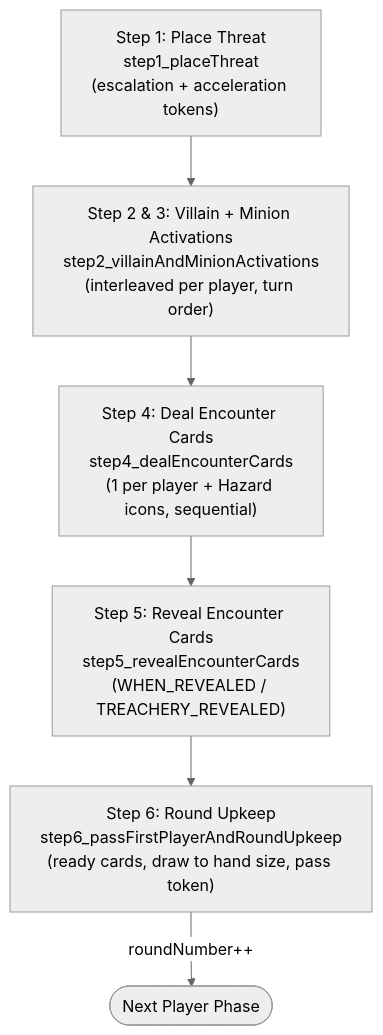
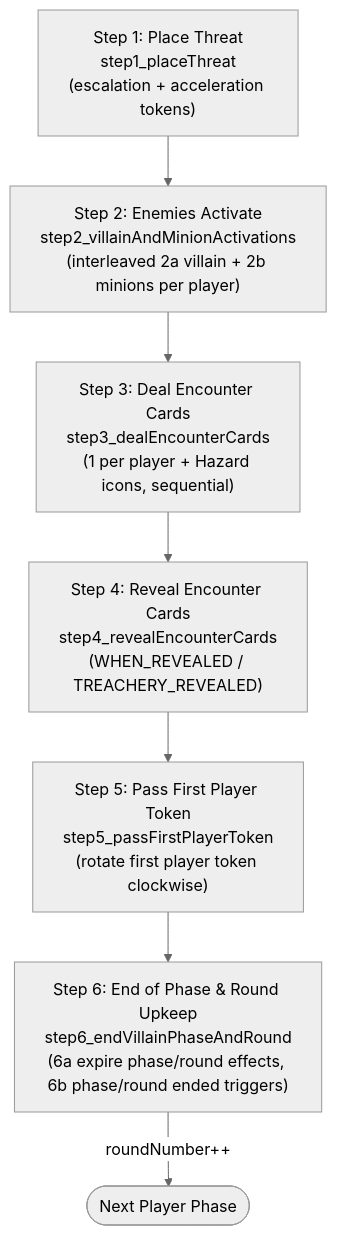
One commit to SteveRodrigue/MCD changed the second of 3 diagrams in docs/visual-guides/04-combat-and-villain-phase.md. Above: the diagram before and after it, drawn with Mermaid (neutral theme). The commit also changed other lines of this file and 9 other files, not shown here.

Commit message:
fix(engine): align villain phase end order and step labels (Fixes #145)

````diff
--- a/docs/visual-guides/04-combat-and-villain-phase.md
+++ b/docs/visual-guides/04-combat-and-villain-phase.md
@@ -43,8 +43,9 @@
 ```mermaid
 flowchart TD
-    S1["Step 1: Place Threat<br/>step1_placeThreat<br/>(escalation + acceleration tokens)"] --> S2["Step 2 & 3: Villain + Minion Activations<br/>step2_villainAndMinionActivations<br/>(interleaved per player, turn order)"]
-    S2 --> S4["Step 4: Deal Encounter Cards<br/>step4_dealEncounterCards<br/>(1 per player + Hazard icons, sequential)"]
-    S4 --> S5["Step 5: Reveal Encounter Cards<br/>step5_revealEncounterCards<br/>(WHEN_REVEALED / TREACHERY_REVEALED)"]
-    S5 --> S6["Step 6: Round Upkeep<br/>step6_passFirstPlayerAndRoundUpkeep<br/>(ready cards, draw to hand size, pass token)"]
+    S1["Step 1: Place Threat<br/>step1_placeThreat<br/>(escalation + acceleration tokens)"] --> S2["Step 2: Enemies Activate<br/>step2_villainAndMinionActivations<br/>(interleaved 2a villain + 2b minions per player)"]
+    S2 --> S3["Step 3: Deal Encounter Cards<br/>step3_dealEncounterCards<br/>(1 per player + Hazard icons, sequential)"]
+    S3 --> S4["Step 4: Reveal Encounter Cards<br/>step4_revealEncounterCards<br/>(WHEN_REVEALED / TREACHERY_REVEALED)"]
+    S4 --> S5["Step 5: Pass First Player Token<br/>step5_passFirstPlayerToken<br/>(rotate first player token clockwise)"]
+    S5 --> S6["Step 6: End of Phase & Round Upkeep<br/>step6_endVillainPhaseAndRound<br/>(6a expire phase/round effects, 6b phase/round ended triggers)"]
     S6 -->|roundNumber++| NextRound(["Next Player Phase"])
 ```
````
